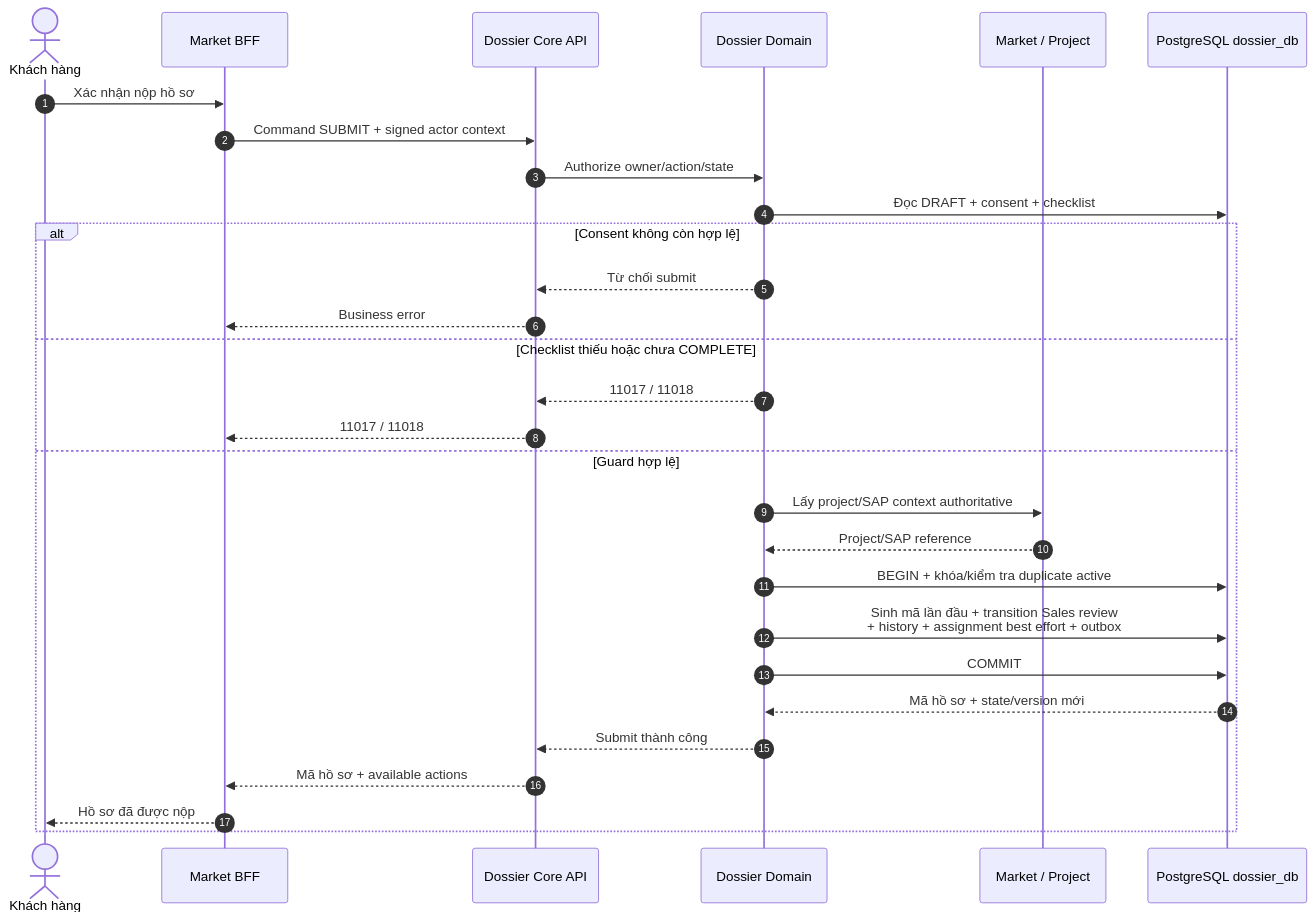
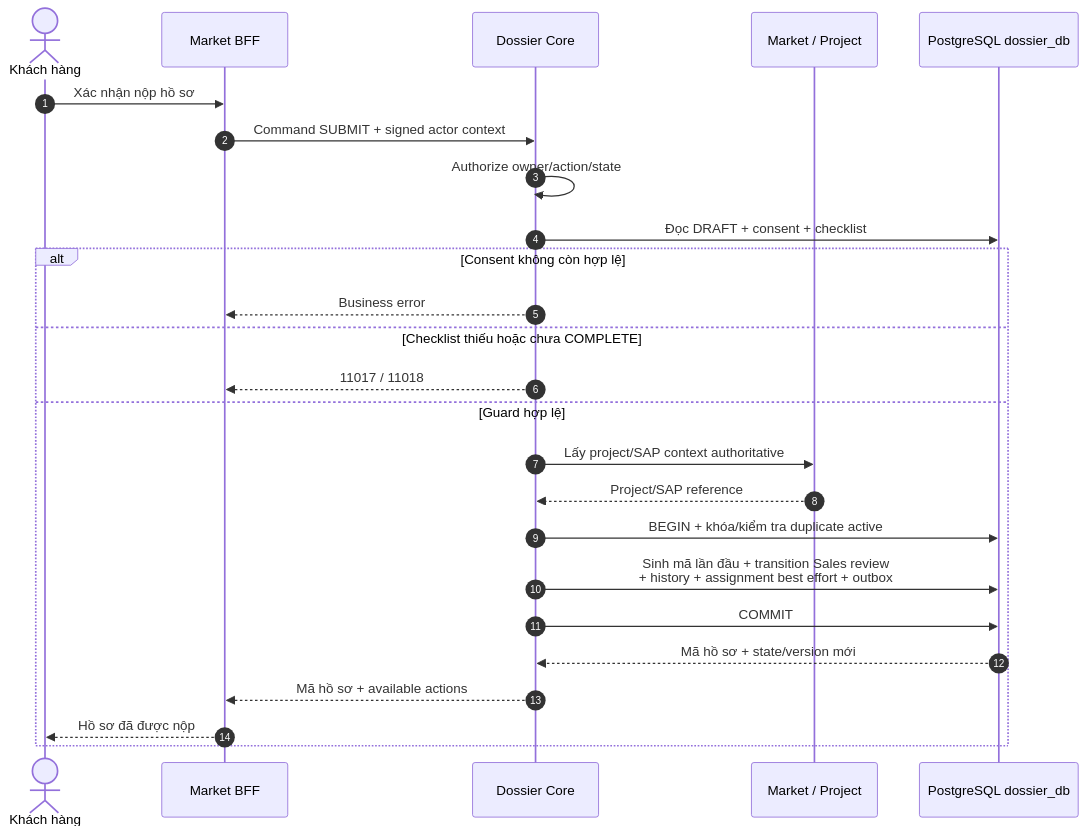
Diagram 12 of 16 in tdd-dossier.md (huynv-xyz/vhm), drawn with Mermaid before and after one commit. The commit also changed other lines of this file, not shown here.

````diff
--- a/tdd-dossier.md
+++ b/tdd-dossier.md
@@ -1348,32 +1336,28 @@
 ```mermaid
 sequenceDiagram
     autonumber
     actor User as Khách hàng
     participant BFF as Market BFF
-    participant API as Dossier Core API
-    participant Domain as Dossier Domain
+    participant Core as Dossier Core
     participant Project as Market / Project
     participant DB as PostgreSQL dossier_db
 
     User->>BFF: Xác nhận nộp hồ sơ
-    BFF->>API: Command SUBMIT + signed actor context
-    API->>Domain: Authorize owner/action/state
-    Domain->>DB: Đọc DRAFT + consent + checklist
+    BFF->>Core: Command SUBMIT + signed actor context
+    Core->>Core: Authorize owner/action/state
+    Core->>DB: Đọc DRAFT + consent + checklist
     alt Consent không còn hợp lệ
-        Domain-->>API: Từ chối submit
-        API-->>BFF: Business error
+        Core-->>BFF: Business error
     else Checklist thiếu hoặc chưa COMPLETE
-        Domain-->>API: 11017 / 11018
-        API-->>BFF: 11017 / 11018
+        Core-->>BFF: 11017 / 11018
     else Guard hợp lệ
-        Domain->>Project: Lấy project/SAP context authoritative
-        Project-->>Domain: Project/SAP reference
-        Domain->>DB: BEGIN + khóa/kiểm tra duplicate active
-        Domain->>DB: Sinh mã lần đầu + transition Sales review<br/>+ history + assignment best effort + outbox
-        Domain->>DB: COMMIT
-        DB-->>Domain: Mã hồ sơ + state/version mới
-        Domain-->>API: Submit thành công
-        API-->>BFF: Mã hồ sơ + available actions
+        Core->>Project: Lấy project/SAP context authoritative
+        Project-->>Core: Project/SAP reference
+        Core->>DB: BEGIN + khóa/kiểm tra duplicate active
+        Core->>DB: Sinh mã lần đầu + transition Sales review<br/>+ history + assignment best effort + outbox
+        Core->>DB: COMMIT
+        DB-->>Core: Mã hồ sơ + state/version mới
+        Core-->>BFF: Mã hồ sơ + available actions
         BFF-->>User: Hồ sơ đã được nộp
     end
 ```
````
